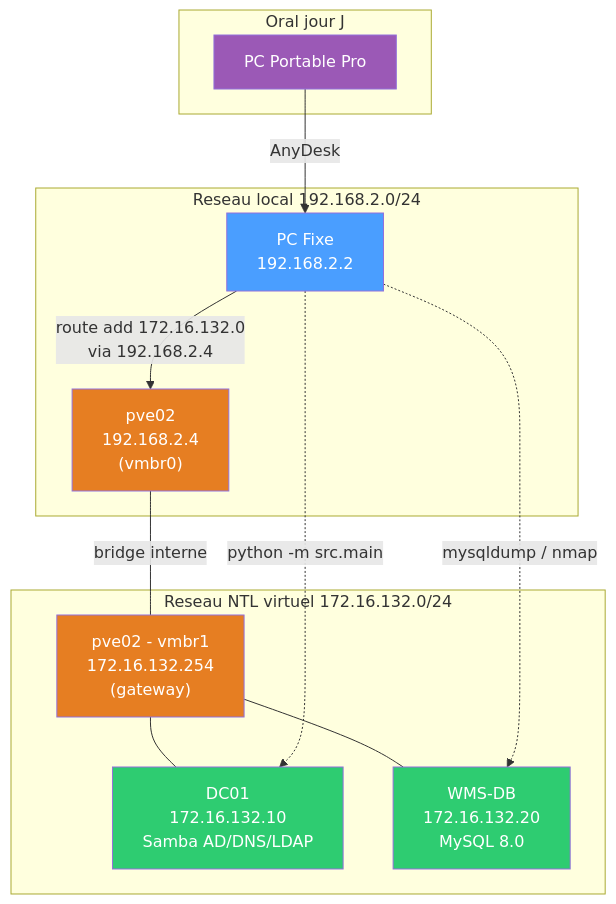
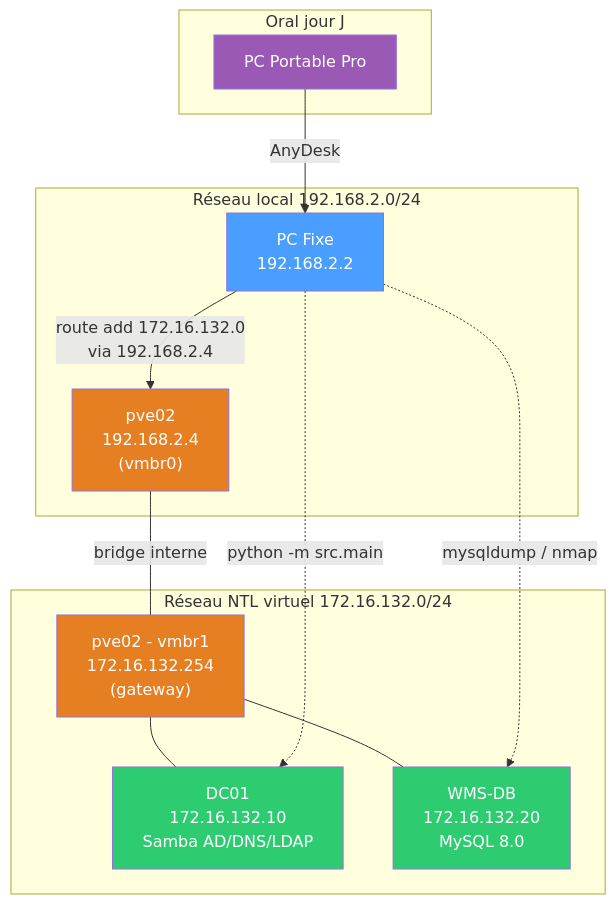
Before and after one commit to AnythingLegalConsidered/MSPR2-NTL-SysToolbox: the diagram in docs/demo-homelab.md, drawn with Mermaid. The commit also changed other lines of this file and 3 other files, not shown here.

````diff
--- a/docs/demo-homelab.md
+++ b/docs/demo-homelab.md
@@ -109,33 +109,33 @@
 ```mermaid
 graph TD
-    subgraph "Reseau local 192.168.2.0/24"
+    subgraph "Réseau local 192.168.2.0/24"
         PC["PC Fixe<br/>192.168.2.2"]
         PVE["pve02<br/>192.168.2.4<br/>(vmbr0)"]
     end
 
-    subgraph "Reseau NTL virtuel 172.16.132.0/24"
+    subgraph "Réseau NTL virtuel 172.16.132.0/24"
         GW["pve02 - vmbr1<br/>172.16.132.254<br/>(gateway)"]
         DC01["DC01<br/>172.16.132.10<br/>Samba AD/DNS/LDAP"]
         WMS["WMS-DB<br/>172.16.132.20<br/>MySQL 8.0"]
     end
 
     subgraph "Oral jour J"
         LAPTOP["PC Portable Pro"]
     end
 
     LAPTOP -->|"AnyDesk"| PC
     PC -->|"route add 172.16.132.0<br/>via 192.168.2.4"| PVE
     PVE ---|"bridge interne"| GW
     GW --- DC01
     GW --- WMS
 
     PC -.->|"python -m src.main"| DC01
     PC -.->|"mysqldump / nmap"| WMS
 
     style PC fill:#4a9eff,color:#fff
     style PVE fill:#e67e22,color:#fff
     style DC01 fill:#2ecc71,color:#fff
     style WMS fill:#2ecc71,color:#fff
     style LAPTOP fill:#9b59b6,color:#fff
     style GW fill:#e67e22,color:#fff
 ```
````
